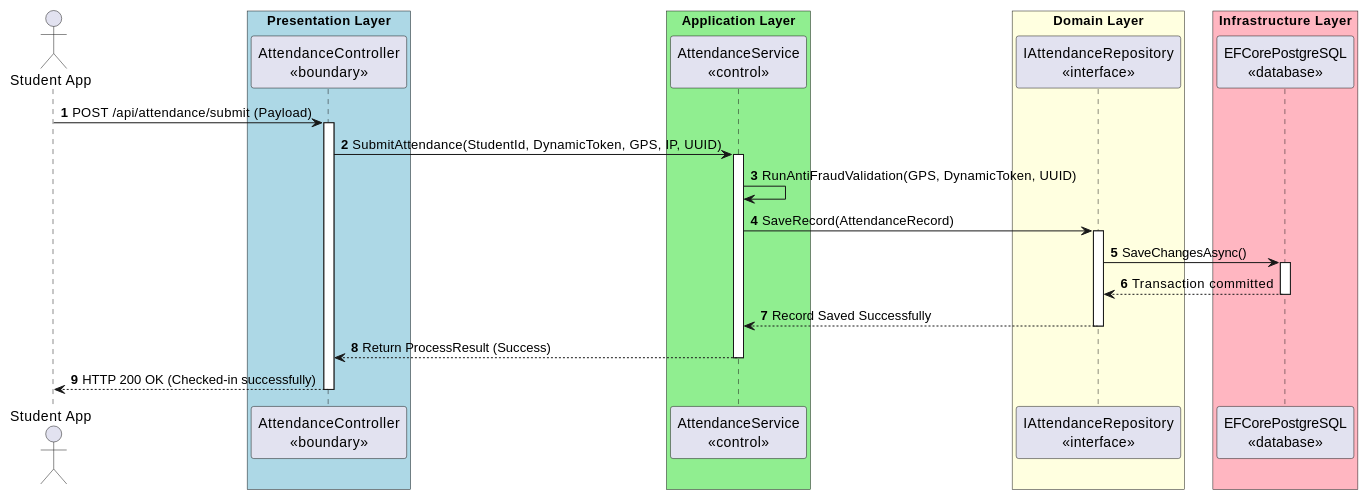
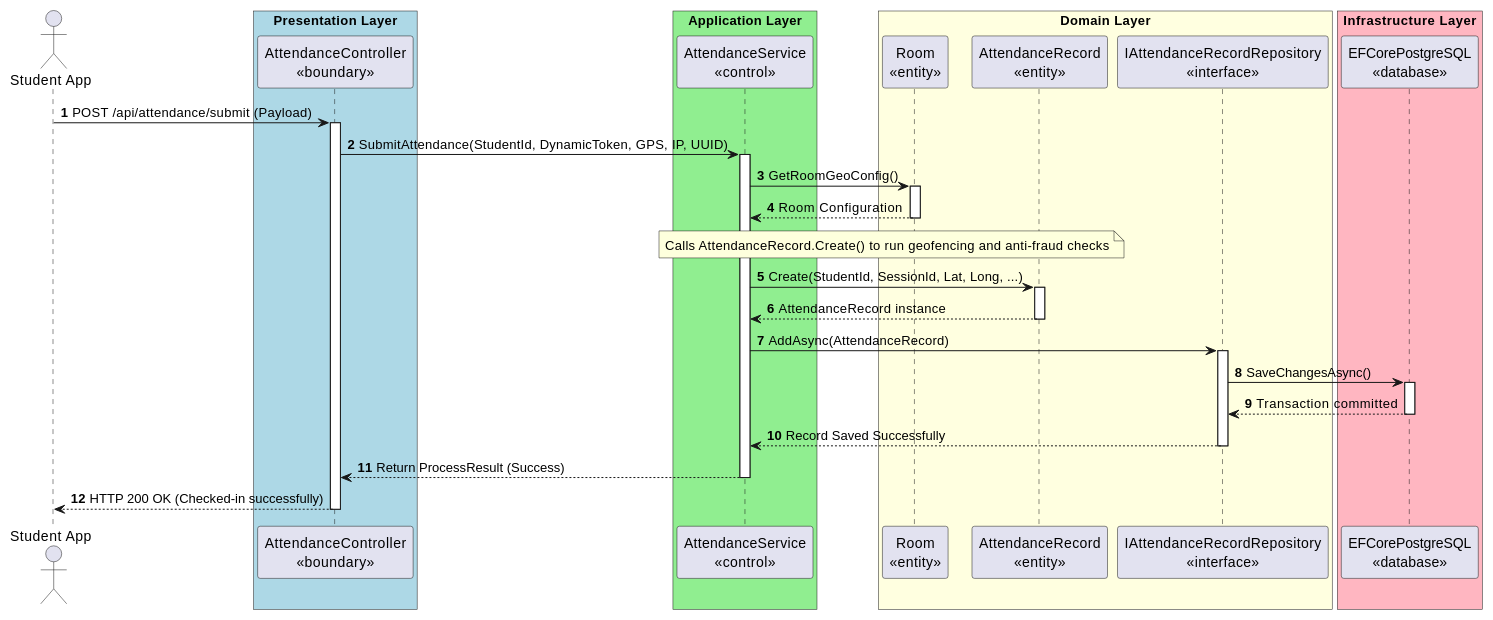
One commit to nttung42/SWD392 changed the third of 10 diagrams in MainDocs/AFAS_RDS_Document_Part2_Design_specification.md. Above: the diagram before and after it, drawn with PlantUML. The commit also changed other lines of this file and 1 other file, not shown here.

````diff
--- a/MainDocs/AFAS_RDS_Document_Part2_Design_specification.md
+++ b/MainDocs/AFAS_RDS_Document_Part2_Design_specification.md
@@ -165,40 +165,50 @@
 ```plantuml
 @startuml
 autonumber
 actor SV as "Student App"
 
 box "Presentation Layer" #LightBlue
 participant C as "AttendanceController\n«boundary»"
 end box
 
 box "Application Layer" #LightGreen
 participant S as "AttendanceService\n«control»"
 end box
 
 box "Domain Layer" #LightYellow
-participant R as "IAttendanceRepository\n«interface»"
+participant R as "Room\n«entity»"
+participant AR as "AttendanceRecord\n«entity»"
+participant Repo as "IAttendanceRecordRepository\n«interface»"
 end box
 
 box "Infrastructure Layer" #LightPink
 participant DB as "EFCorePostgreSQL\n«database»"
 end box
 
 SV -> C: POST /api/attendance/submit (Payload)
 activate C
 C -> S: SubmitAttendance(StudentId, DynamicToken, GPS, IP, UUID)
 activate S
-S -> S: RunAntiFraudValidation(GPS, DynamicToken, UUID)
-S -> R: SaveRecord(AttendanceRecord)
+S -> R: GetRoomGeoConfig()
 activate R
-R -> DB: SaveChangesAsync()
+R --> S: Room Configuration
+deactivate R
+note over S, AR : Calls AttendanceRecord.Create() to run geofencing and anti-fraud checks
+S -> AR: Create(StudentId, SessionId, Lat, Long, ...)
+activate AR
+AR --> S: AttendanceRecord instance
+deactivate AR
+S -> Repo: AddAsync(AttendanceRecord)
+activate Repo
+Repo -> DB: SaveChangesAsync()
 activate DB
-DB --> R: Transaction committed
+DB --> Repo: Transaction committed
 deactivate DB
-R --> S: Record Saved Successfully
-deactivate R
+Repo --> S: Record Saved Successfully
+deactivate Repo
 S --> C: Return ProcessResult (Success)
 deactivate S
 C --> SV: HTTP 200 OK (Checked-in successfully)
 deactivate C
 @enduml
 ```
````
